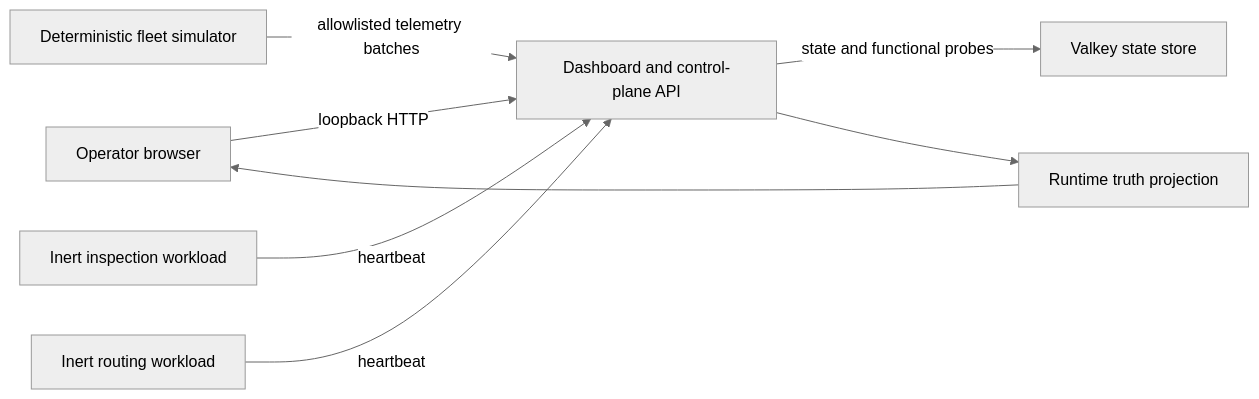
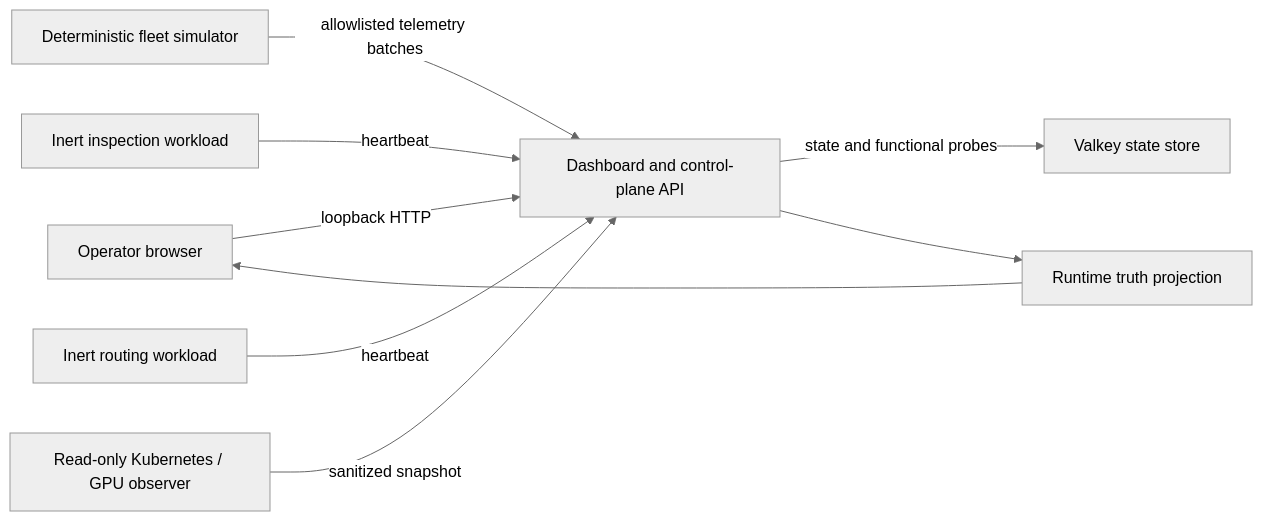
The diagram in docs/ARCHITECTURE.md (robostew-project/robostew), drawn with Mermaid (neutral theme) before and after one commit. The commit also changed other lines of this file and 27 other files, not shown here.

````diff
--- a/docs/ARCHITECTURE.md
+++ b/docs/ARCHITECTURE.md
@@ -7,10 +7,11 @@
 ```mermaid
 flowchart LR
     Operator["Operator browser"] -->|"loopback HTTP"| Control["Dashboard and control-plane API"]
     Control -->|"state and functional probes"| Valkey["Valkey state store"]
     Simulator["Deterministic fleet simulator"] -->|"allowlisted telemetry batches"| Control
     Inspection["Inert inspection workload"] -->|"heartbeat"| Control
     Routing["Inert routing workload"] -->|"heartbeat"| Control
+    Observer["Read-only Kubernetes / GPU observer"] -->|"sanitized snapshot"| Control
     Control --> Truth["Runtime truth projection"]
     Truth --> Operator
 ```
````
